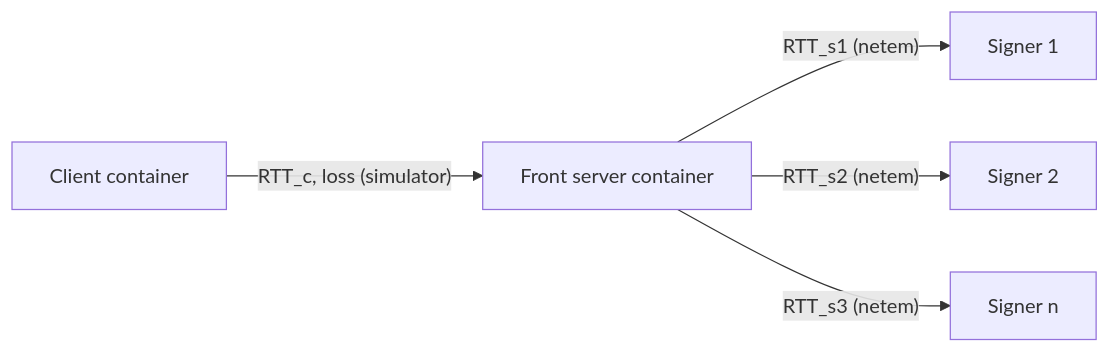
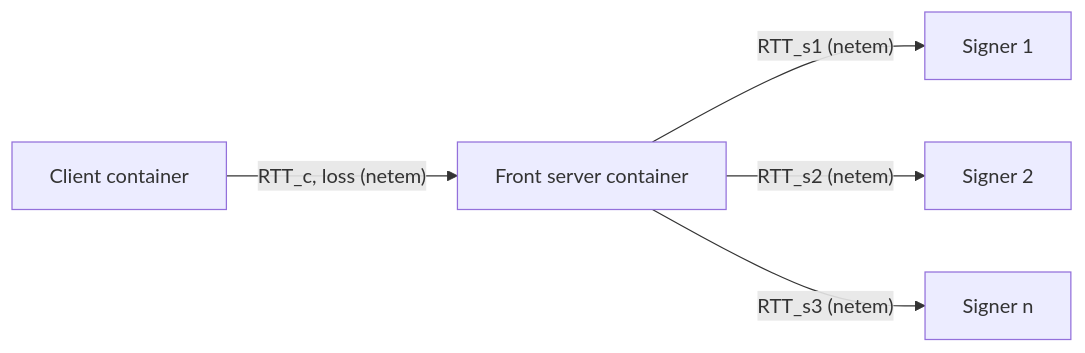
One commit to FMsongX2/quic-threshold-handshake changed the diagram in docs/experiment-design.md. Above: the diagram before and after it, drawn with Mermaid. The commit also changed other lines of this file and 251 other files, not shown here.

````diff
--- a/docs/experiment-design.md
+++ b/docs/experiment-design.md
@@ -57,7 +55,7 @@
 ```mermaid
 flowchart LR
-    C[Client container] -- "RTT_c, loss (simulator)" --> F[Front server container]
+    C[Client container] -- "RTT_c, loss (netem)" --> F[Front server container]
     F -- "RTT_s1 (netem)" --> S1[Signer 1]
     F -- "RTT_s2 (netem)" --> S2[Signer 2]
     F -- "RTT_s3 (netem)" --> S3[Signer n]
 ```
````
